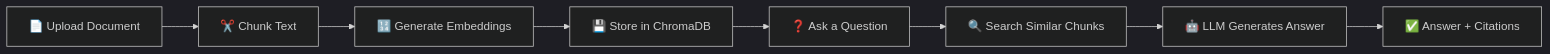
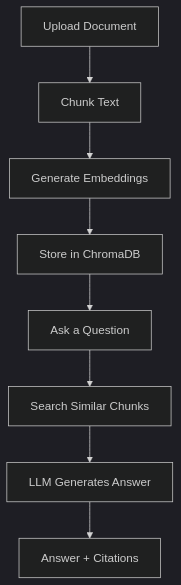
Before and after one commit to prthmmkhija1/RAGsystem: the first of 4 diagrams in README.md, drawn with Mermaid (dark theme). The commit also changed other lines of this file and 1 other file, not shown here.

Commit message:
Improve README diagrams (compact flowcharts), remove .gitignore from repo

````diff
--- a/README.md
+++ b/README.md
@@ -11,10 +11,5 @@
 ```mermaid
-flowchart LR
-    A[📄 Upload Document] --> B[✂️ Chunk Text]
-    B --> C[🔢 Generate Embeddings]
-    C --> D[💾 Store in ChromaDB]
-    D --> E[❓ Ask a Question]
-    E --> F[🔍 Search Similar Chunks]
-    F --> G[🤖 LLM Generates Answer]
-    G --> H[✅ Answer + Citations]
+flowchart TD
+    A[Upload Document] --> B[Chunk Text] --> C[Generate Embeddings] --> D[Store in ChromaDB]
+    D --> E[Ask a Question] --> F[Search Similar Chunks] --> G[LLM Generates Answer] --> H[Answer + Citations]
 ```
````
